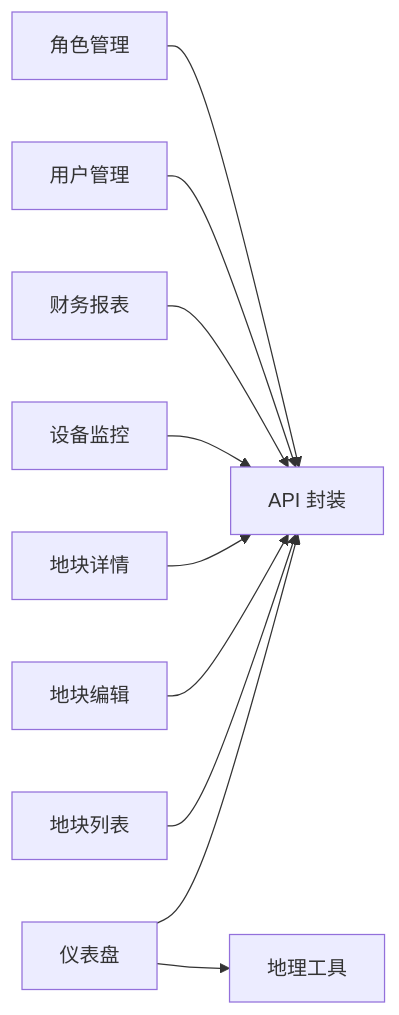
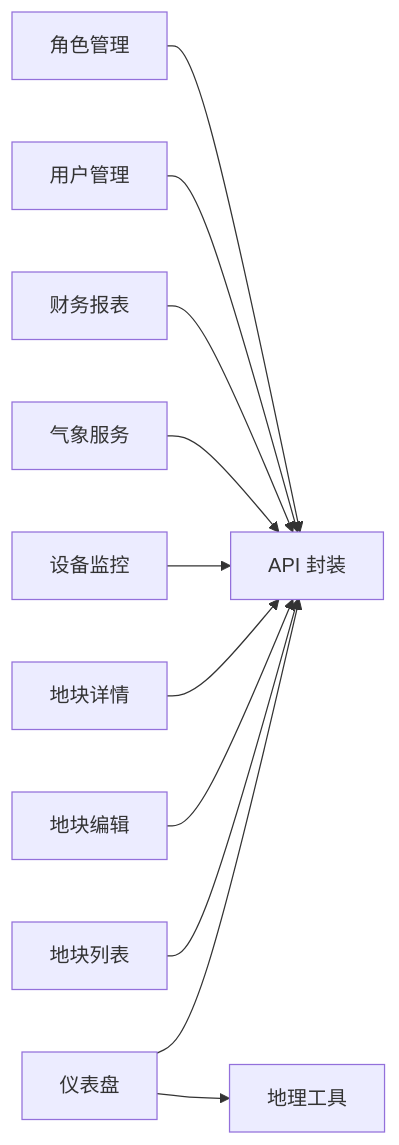
One commit to q446328246/agri-platform changed the ninth of 9 diagrams in .qoder/repowiki/zh/content/前端应用文档/核心页面/核心页面.md. Above: the diagram before and after it, drawn with Mermaid. The commit also changed other lines of this file and 40 other files, not shown here.

````diff
--- a/.qoder/repowiki/zh/content/前端应用文档/核心页面/核心页面.md
+++ b/.qoder/repowiki/zh/content/前端应用文档/核心页面/核心页面.md
@@ -317,12 +390,13 @@
 ```mermaid
 graph LR
 Dashboard["仪表盘"] --> API["API 封装"]
 PlotList["地块列表"] --> API
 PlotEdit["地块编辑"] --> API
 PlotDetail["地块详情"] --> API
 DeviceMonitor["设备监控"] --> API
+WeatherIndex["气象服务"] --> API
 FinanceIndex["财务报表"] --> API
 SystemUser["用户管理"] --> API
 SystemRole["角色管理"] --> API
 Dashboard --> Geo["地理工具"]
 ```
````
